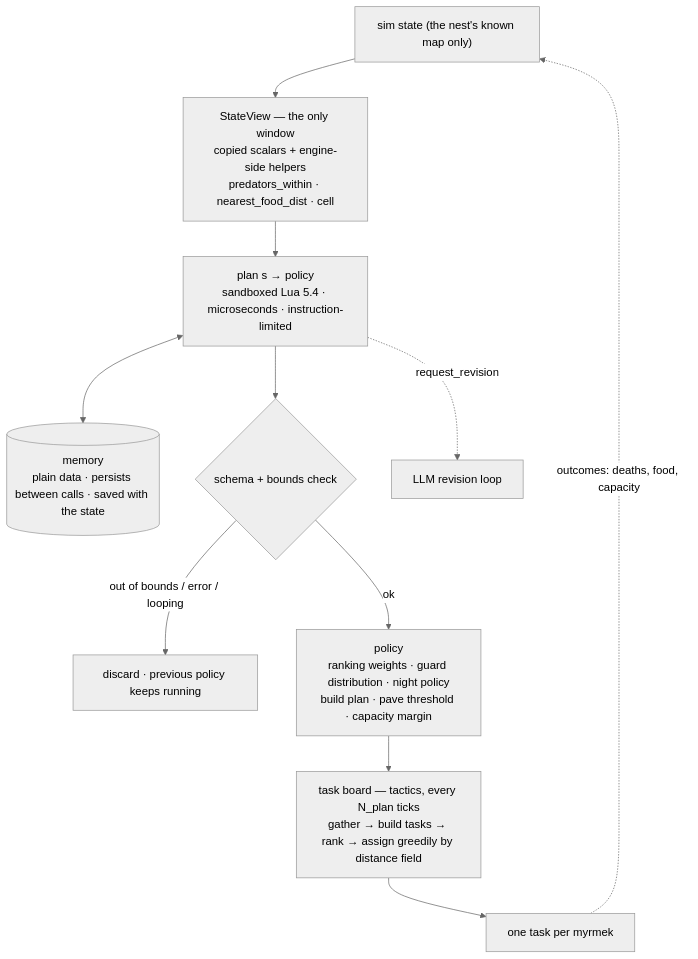
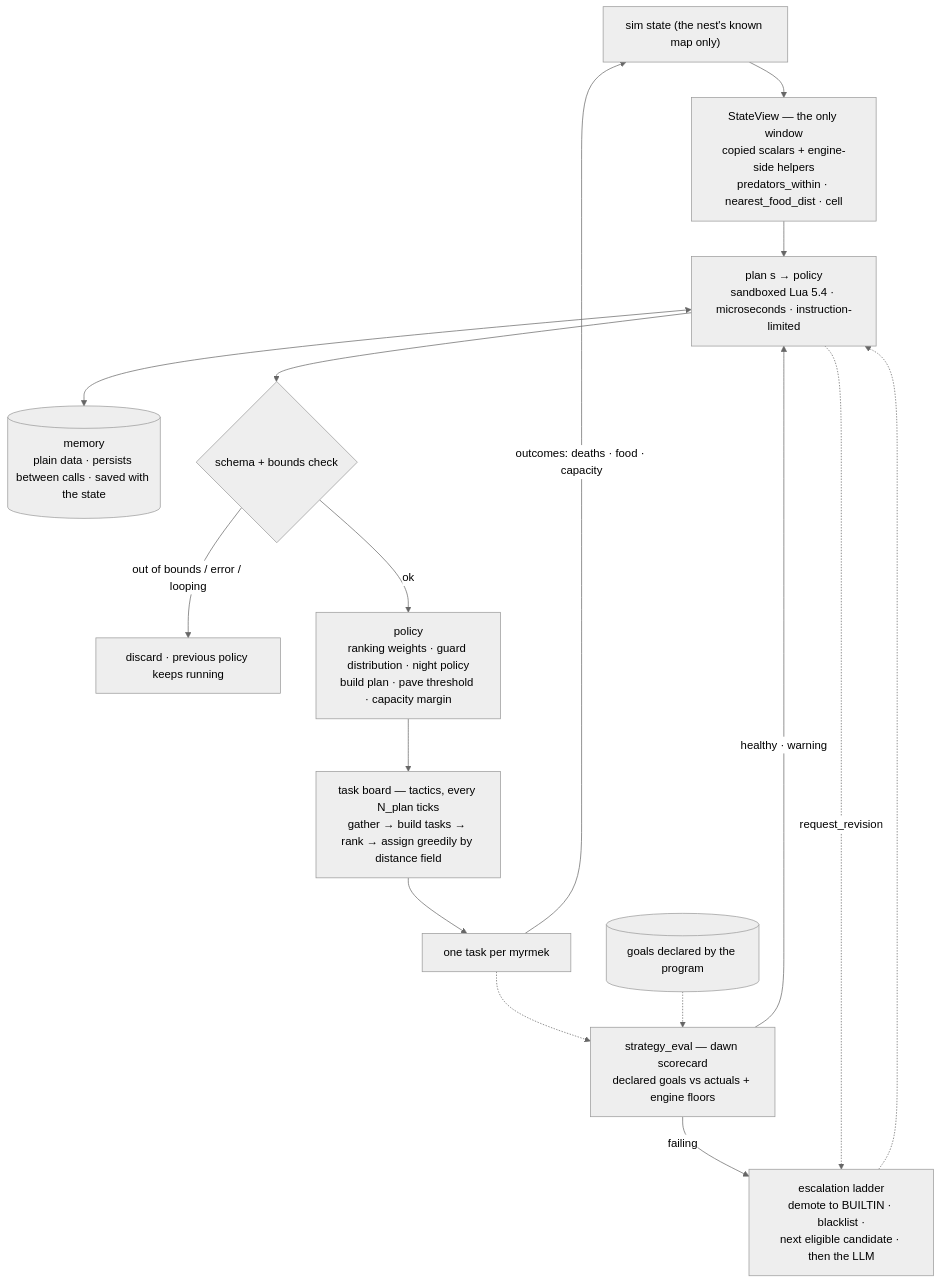
One commit to ichMaster/myrmex changed the seventh of 9 diagrams in specification/ARCHITECTURE.md. Above: the diagram before and after it, drawn with Mermaid (neutral theme). The commit also changed other lines of this file and 3 other files, not shown here.

````diff
--- a/specification/ARCHITECTURE.md
+++ b/specification/ARCHITECTURE.md
@@ -271,13 +271,18 @@
 ```mermaid
 flowchart TB
     world["sim state (the nest's known map only)"] --> sv["StateView — the only window<br/>copied scalars + engine-side helpers<br/>predators_within · nearest_food_dist · cell"]
     sv --> planf["plan s → policy<br/>sandboxed Lua 5.4 · microseconds · instruction-limited"]
     planf <--> mem[("memory<br/>plain data · persists between calls · saved with the state")]
     planf --> check{"schema + bounds check"}
     check -->|"out of bounds / error / looping"| keep["discard · previous policy keeps running"]
     check -->|ok| policy["policy<br/>ranking weights · guard distribution · night policy<br/>build plan · pave threshold · capacity margin"]
     policy --> board["task board — tactics, every N_plan ticks<br/>gather → build tasks → rank → assign greedily by distance field"]
     board --> agents["one task per myrmek"]
-    agents -.->|"outcomes: deaths, food, capacity"| world
-    planf -.->|"request_revision"| llm["LLM revision loop"]
+    agents -->|"outcomes: deaths · food · capacity"| world
+    agents -.-> score["strategy_eval — dawn scorecard<br/>declared goals vs actuals + engine floors"]
+    goalsd[("goals declared by the program")] -.-> score
+    score -->|"healthy · warning"| planf
+    score -->|"failing"| ladder["escalation ladder<br/>demote to BUILTIN · blacklist ·<br/>next eligible candidate · then the LLM"]
+    ladder -.-> planf
+    planf -.->|"request_revision"| ladder
 ```
````
